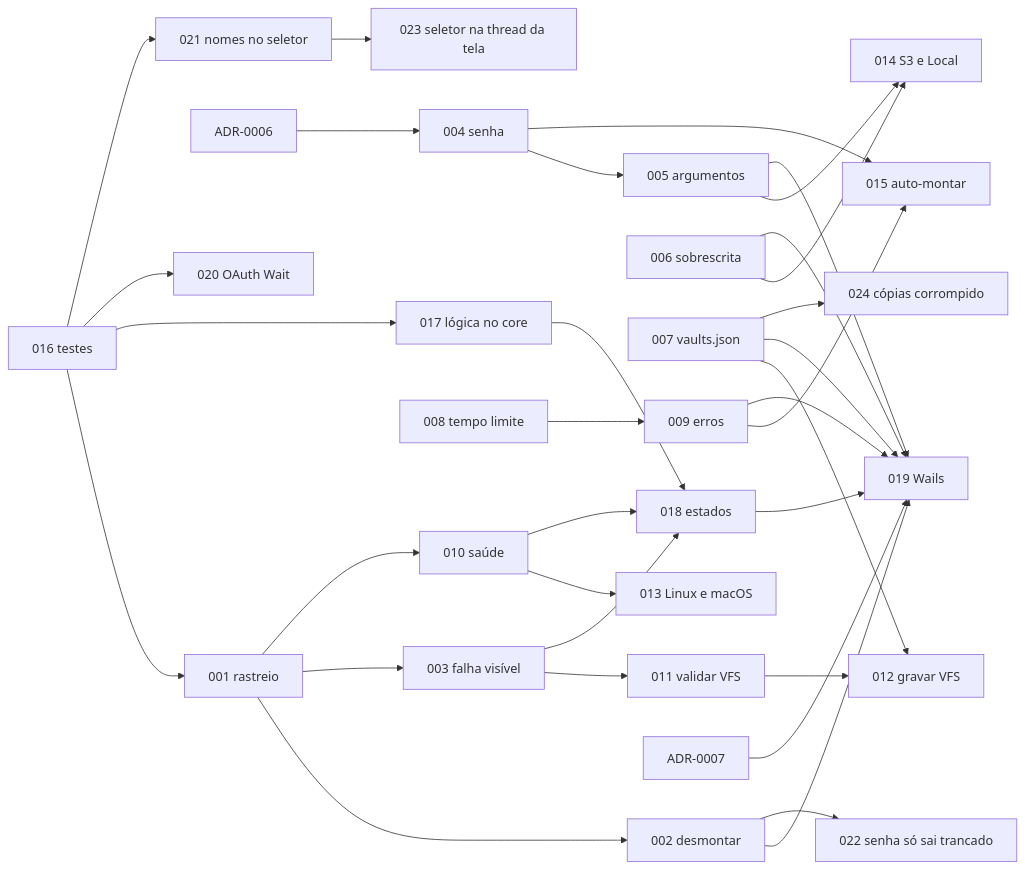
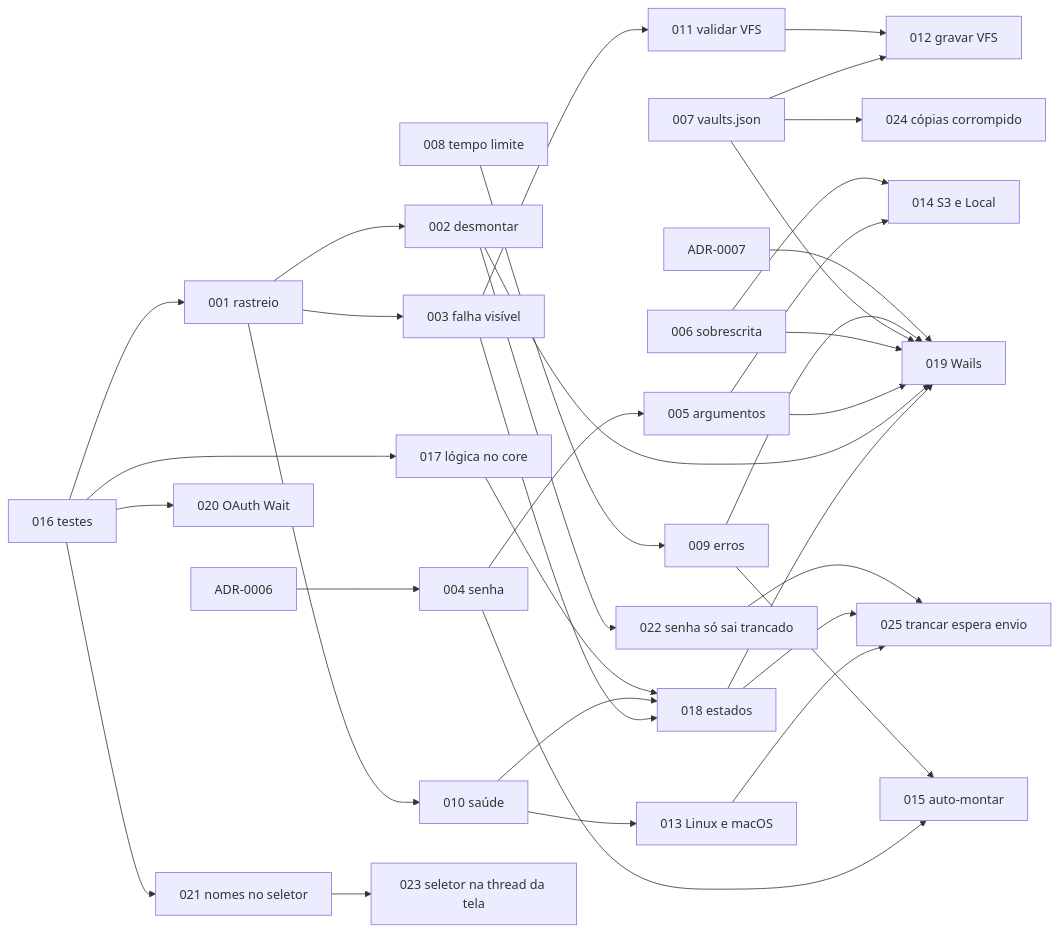
The diagram in docs/demanda/index.md (douglassouza-dev/runtime-crypt-go), drawn with Mermaid before and after one commit. The commit also changed other lines of this file and 1 other file, not shown here.

Commit message:
docs(025): demanda — trancar espera o envio da VFS

````diff
--- a/docs/demanda/index.md
+++ b/docs/demanda/index.md
@@ -38,36 +39,39 @@
 ```mermaid
 flowchart LR
     d016["016 testes"] --> d001["001 rastreio"]
     d001 --> d002["002 desmontar"]
     d001 --> d003["003 falha visível"]
     d001 --> d010["010 saúde"]
     adr6["ADR-0006"] --> d004["004 senha"]
     d004 --> d005["005 argumentos"]
     d006["006 sobrescrita"]
     d007["007 vaults.json"]
     d008["008 tempo limite"] --> d009["009 erros"]
     d003 --> d011["011 validar VFS"]
     d007 --> d012["012 gravar VFS"]
     d011 --> d012
     d010 --> d013["013 Linux e macOS"]
     d005 --> d014["014 S3 e Local"]
     d006 --> d014
     d004 --> d015["015 auto-montar"]
     d009 --> d015
     d016 --> d017["017 lógica no core"]
     d016 --> d020["020 OAuth Wait"]
     d016 --> d021["021 nomes no seletor"]
     d003 --> d018["018 estados"]
     d010 --> d018
     d017 --> d018
     d018 --> d019["019 Wails"]
     d002 --> d019
     d005 --> d019
     d006 --> d019
     d007 --> d019
     d009 --> d019
     adr7["ADR-0007"] --> d019
     d002 --> d022["022 senha só sai trancado"]
     d021 --> d023["023 seletor na thread da tela"]
     d007 --> d024["024 cópias corrompido"]
+    d013 --> d025["025 trancar espera envio"]
+    d018 --> d025
+    d022 --> d025
 ```
````
